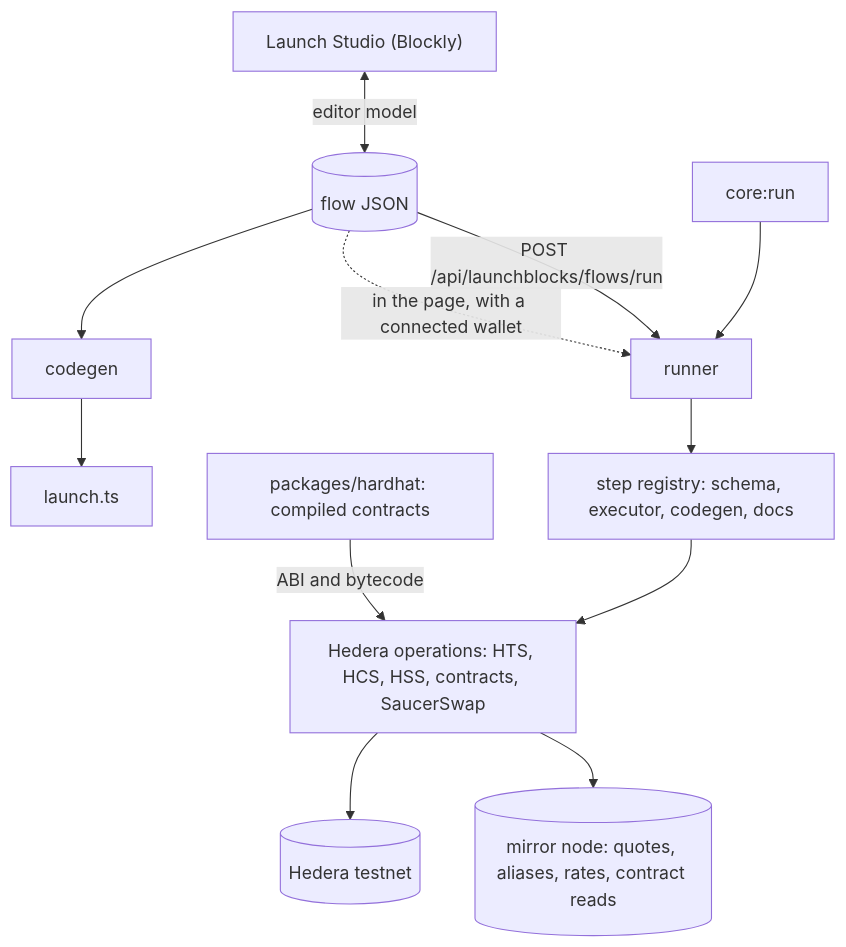
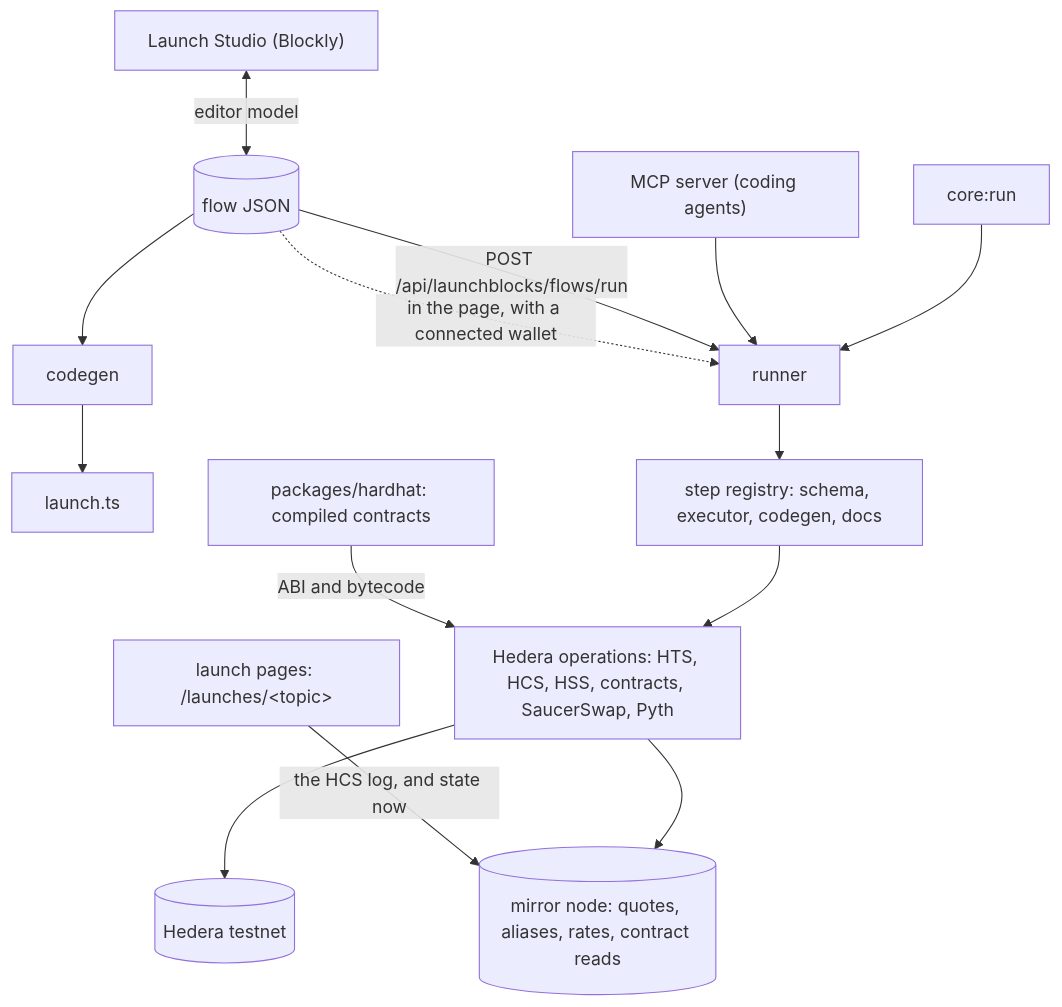
The diagram in README.md (jmgomezl/scaffold-hbar-launchblocks), drawn with Mermaid before and after one commit. The commit also changed other lines of this file and 14 other files, not shown here.

````diff
--- a/README.md
+++ b/README.md
@@ -228,13 +233,15 @@
 ```mermaid
 flowchart TB
   Studio["Launch Studio (Blockly)"] <-->|editor model| Flow[("flow JSON")]
   CLI["core:run"] --> Runner
+  MCP["MCP server (coding agents)"] --> Runner
   Flow -->|"POST /api/launchblocks/flows/run"| Runner["runner"]
   Flow -.->|"in the page, with a connected wallet"| Runner
   Flow --> Codegen["codegen"] --> Script["launch.ts"]
   Runner --> Registry["step registry: schema, executor, codegen, docs"]
-  Registry --> Ops["Hedera operations: HTS, HCS, HSS, contracts, SaucerSwap"]
+  Registry --> Ops["Hedera operations: HTS, HCS, HSS, contracts, SaucerSwap, Pyth"]
   Hardhat["packages/hardhat: compiled contracts"] -->|ABI and bytecode| Ops
   Ops --> Hedera[("Hedera testnet")]
   Ops --> Mirror[("mirror node: quotes, aliases, rates, contract reads")]
+  Pages["launch pages: /launches/&lt;topic&gt;"] -->|"the HCS log, and state now"| Mirror
 ```
````
